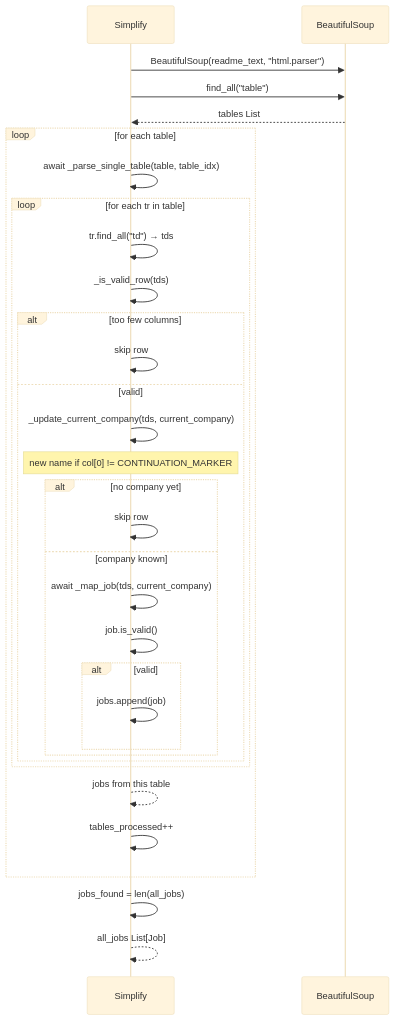
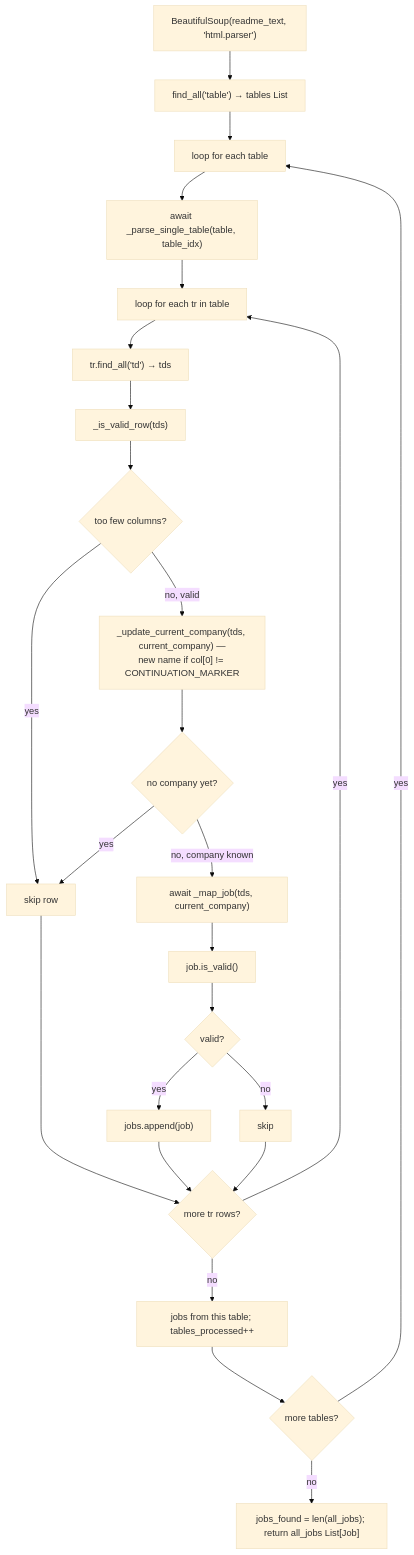
Before and after one commit to AustinDwomoh/libra: the second of 3 diagrams in docs/diagrams/simplify_seq.md, drawn with Mermaid (base theme). The commit also changed other lines of this file and 17 other files, not shown here.

First line of the commit message:
Convert Mermaid sequences to flowcharts

````diff
--- a/docs/diagrams/simplify_seq.md
+++ b/docs/diagrams/simplify_seq.md
@@ -27,43 +14,28 @@
 ```mermaid
-%% sequenceDiagram — parse_tables → _parse_single_table (HTML traversal)
-sequenceDiagram
-    participant S as Simplify
-    participant BS as BeautifulSoup
-
-    S->>BS: BeautifulSoup(readme_text, "html.parser")
-    S->>BS: find_all("table")
-    BS-->>S: tables List
-
-    loop for each table
-        S->>S: await _parse_single_table(table, table_idx)
-
-        loop for each tr in table
-            S->>S: tr.find_all("td") → tds
-            S->>S: _is_valid_row(tds)
-            alt too few columns
-                S->>S: skip row
-            else valid
-                S->>S: _update_current_company(tds, current_company)
-                Note over S: new name if col[0] != CONTINUATION_MARKER
-                alt no company yet
-                    S->>S: skip row
-                else company known
-                    S->>S: await _map_job(tds, current_company)
-                    S->>S: job.is_valid()
-                    alt valid
-                        S->>S: jobs.append(job)
-                    end
-                end
-            end
-        end
-
-        S-->>S: jobs from this table
-        S->>S: tables_processed++
-    end
-
-    S->>S: jobs_found = len(all_jobs)
-    S-->>S: all_jobs List[Job]
-
-
-
+%% flowchart — parse_tables → _parse_single_table (HTML traversal)
+flowchart TD
+    A["BeautifulSoup(readme_text, 'html.parser')"] --> B["find_all('table') → tables List"]
+    B --> C[loop for each table]
+    C --> D["await _parse_single_table(table, table_idx)"]
+    D --> E[loop for each tr in table]
+    E --> F["tr.find_all('td') → tds"]
+    F --> G["_is_valid_row(tds)"]
+    G --> H{too few columns?}
+    H -->|yes| I[skip row]
+    H -->|no, valid| J["_update_current_company(tds, current_company) —<br/>new name if col[0] != CONTINUATION_MARKER"]
+    J --> K{no company yet?}
+    K -->|yes| I
+    K -->|no, company known| L["await _map_job(tds, current_company)"]
+    L --> M["job.is_valid()"]
+    M --> N{valid?}
+    N -->|yes| O["jobs.append(job)"]
+    N -->|no| P[skip]
+    I --> Q{more tr rows?}
+    O --> Q
+    P --> Q
+    Q -->|yes| E
+    Q -->|no| R["jobs from this table; tables_processed++"]
+    R --> S{more tables?}
+    S -->|yes| C
+    S -->|no| T["jobs_found = len(all_jobs); return all_jobs List[Job]"]
 ```
````
